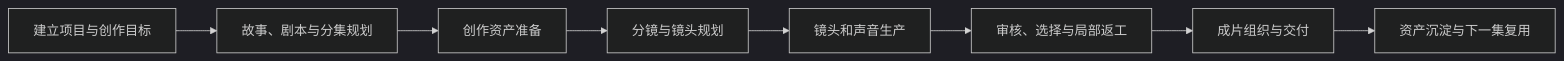
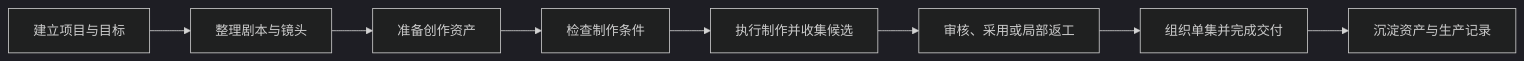
One commit to StephenQiu30/lanverse changed the diagram in docs/requirement/001-ai短剧生成平台总体需求分析.md. Above: the diagram before and after it, drawn with Mermaid (dark theme). The commit also changed other lines of this file and 9 other files, not shown here.

````diff
--- a/docs/requirement/001-ai短剧生成平台总体需求分析.md
+++ b/docs/requirement/001-ai短剧生成平台总体需求分析.md
@@ -69,10 +41,10 @@
 ```mermaid
 flowchart LR
-  A["建立项目与创作目标"] --> B["故事、剧本与分集规划"]
-  B --> C["创作资产准备"]
-  C --> D["分镜与镜头规划"]
-  D --> E["镜头和声音生产"]
-  E --> F["审核、选择与局部返工"]
-  F --> G["成片组织与交付"]
-  G --> H["资产沉淀与下一集复用"]
+  A["建立项目与目标"] --> B["整理剧本与镜头"]
+  B --> C["准备创作资产"]
+  C --> D["检查制作条件"]
+  D --> E["执行制作并收集候选"]
+  E --> F["审核、采用或局部返工"]
+  F --> G["组织单集并完成交付"]
+  G --> H["沉淀资产与生产记录"]
 ```
````
